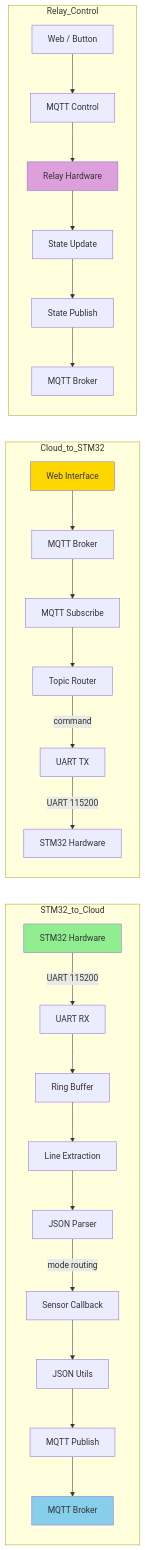
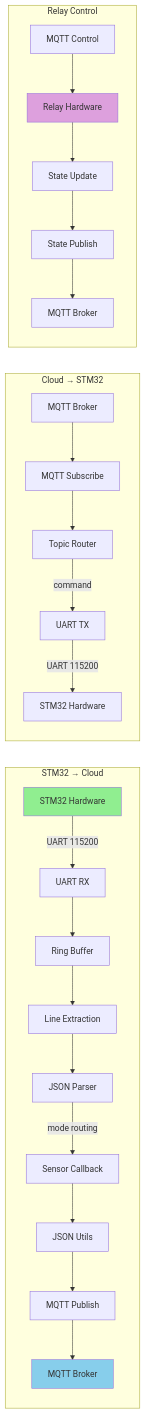
The fourth of 9 diagrams in documents/ESP32/UML_CLASS_DIAGRAM_ESP32.md (meeTeam05/datalogger), drawn with Mermaid before and after one commit. The commit also changed other lines of this file and 5 other files, not shown here.

````diff
--- a/documents/ESP32/UML_CLASS_DIAGRAM_ESP32.md
+++ b/documents/ESP32/UML_CLASS_DIAGRAM_ESP32.md
@@ -320,58 +320,53 @@
 ```mermaid
 graph LR
-    subgraph STM32_to_Cloud
-        STM32[STM32 Hardware]
+    subgraph STM32_to_Cloud["STM32 → Cloud"]
+        STM32_HW[STM32 Hardware]
         UART_RX[UART RX]
         RingBuf[Ring Buffer]
         LineExtract[Line Extraction]
         JSONParse[JSON Parser]
         SensorCB[Sensor Callback]
         FormatJSON[JSON Utils]
         MQTTPub[MQTT Publish]
         Broker[MQTT Broker]
         
-        STM32 -->|UART 115200| UART_RX
+        STM32_HW -->|UART 115200| UART_RX
         UART_RX --> RingBuf
         RingBuf --> LineExtract
         LineExtract --> JSONParse
         JSONParse -->|mode routing| SensorCB
         SensorCB --> FormatJSON
         FormatJSON --> MQTTPub
         MQTTPub --> Broker
     end
     
-    subgraph Cloud_to_STM32
-        Web[Web Interface]
+    subgraph Cloud_to_STM32["Cloud → STM32"]
         Broker2[MQTT Broker]
         MQTTSub[MQTT Subscribe]
         TopicRoute[Topic Router]
         UART_TX[UART TX]
-        STM32_2[STM32 Hardware]
+        STM32_HW2[STM32 Hardware]
         
-        Web --> Broker2
         Broker2 --> MQTTSub
         MQTTSub --> TopicRoute
         TopicRoute -->|command| UART_TX
-        UART_TX -->|UART 115200| STM32_2
+        UART_TX -->|UART 115200| STM32_HW2
     end
     
-    subgraph Relay_Control
-        WebRelay[Web / Button]
+    subgraph Relay_Control["Relay Control"]
         MQTTCtrl[MQTT Control]
         RelayHW[Relay Hardware]
         StateUpdate[State Update]
         StatePub[State Publish]
         BrokerState[MQTT Broker]
         
-        WebRelay --> MQTTCtrl
         MQTTCtrl --> RelayHW
         RelayHW --> StateUpdate
         StateUpdate --> StatePub
         StatePub --> BrokerState
     end
     
-    style STM32 fill:#90EE90
+    style STM32_HW fill:#90EE90
     style Broker fill:#87CEEB
-    style Web fill:#FFD700
     style RelayHW fill:#DDA0DD
 ```
````
